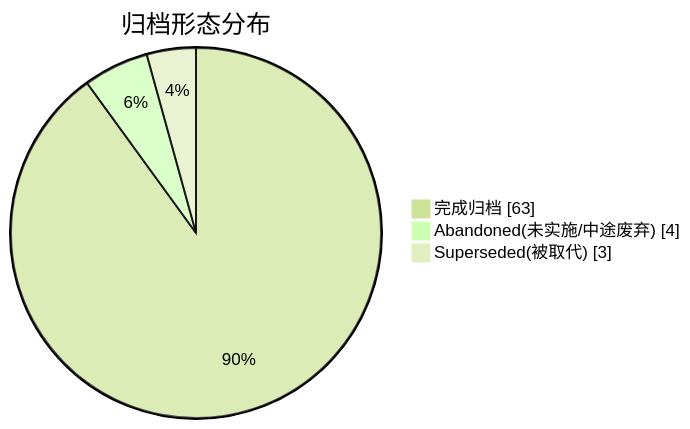
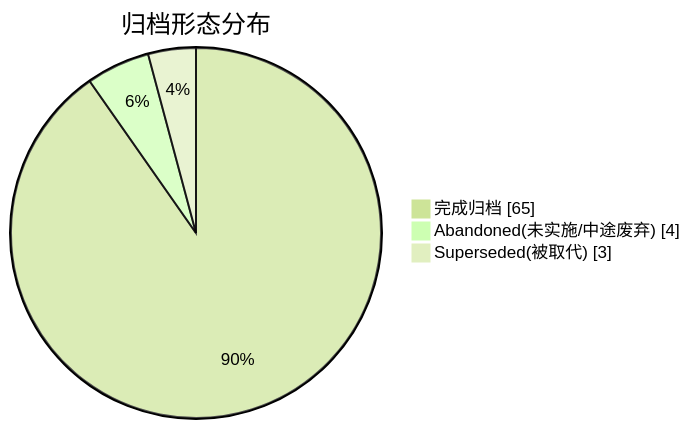
The second of 2 diagrams in docs/superpowers/ARCHIVE.md (golddream-y/obsidian-ratel), drawn with Mermaid (forest theme) before and after one commit. The commit also changed other lines of this file and 11 other files, not shown here.

````diff
--- a/docs/superpowers/ARCHIVE.md
+++ b/docs/superpowers/ARCHIVE.md
@@ -24,6 +24,6 @@
 ```mermaid
 pie showData title 归档形态分布
-    "完成归档" : 63
+    "完成归档" : 65
     "Abandoned(未实施/中途废弃)" : 4
     "Superseded(被取代)" : 3
 ```
````
